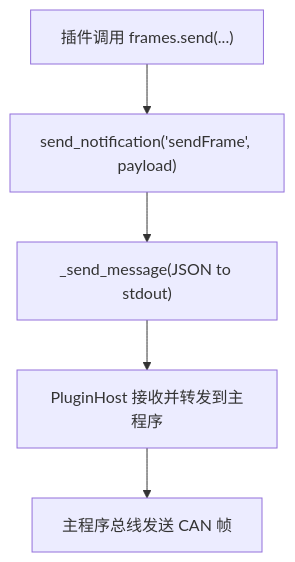
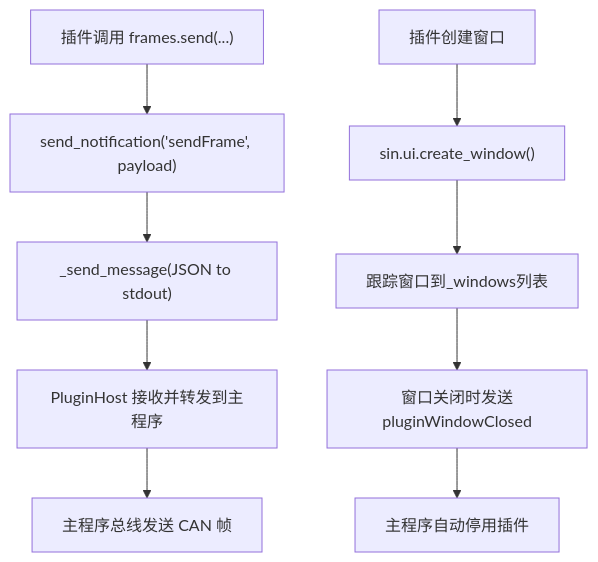
The seventh of 8 diagrams in .qoder/repowiki/zh/content/架构设计/插件系统架构/插件系统架构.md (jakecai1225-design/OpenBus), drawn with Mermaid before and after one commit. The commit also changed other lines of this file and 5 other files, not shown here.

````diff
--- a/.qoder/repowiki/zh/content/架构设计/插件系统架构/插件系统架构.md
+++ b/.qoder/repowiki/zh/content/架构设计/插件系统架构/插件系统架构.md
@@ -242,7 +329,11 @@
 ```mermaid
 flowchart TD
 A["插件调用 frames.send(...)"] --> B["send_notification('sendFrame', payload)"]
 B --> C["_send_message(JSON to stdout)"]
 C --> D["PluginHost 接收并转发到主程序"]
 D --> E["主程序总线发送 CAN 帧"]
+F["插件创建窗口"] --> G["sin.ui.create_window()"]
+G --> H["跟踪窗口到_windows列表"]
+H --> I["窗口关闭时发送pluginWindowClosed"]
+I --> J["主程序自动停用插件"]
 ```
````
